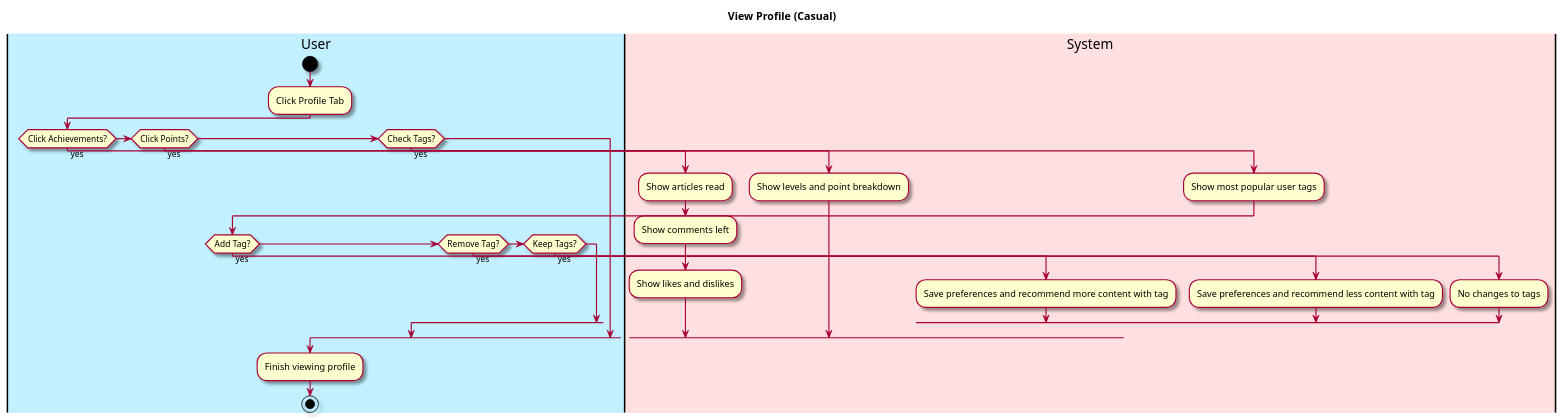
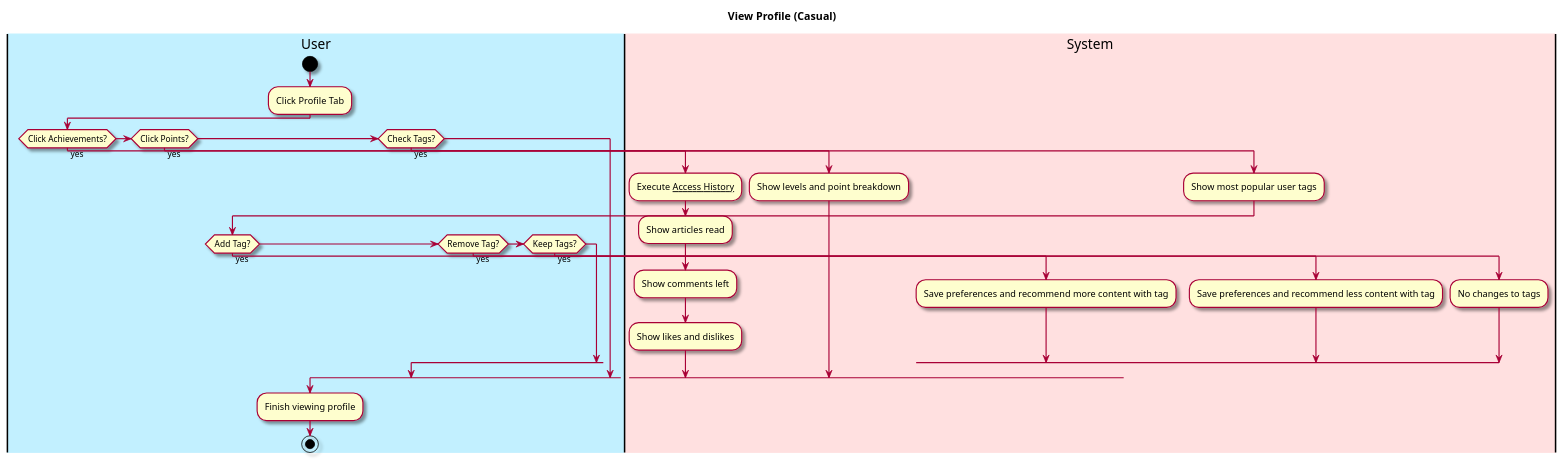
One commit to owhitleym-ui/EcoScoop changed the diagram in intellij/doc/Functional Specification/view-profile.md. Above: the diagram before and after it, drawn with PlantUML. The commit also changed 3 other files, not shown here.

````diff
--- a/intellij/doc/Functional Specification/view-profile.md
+++ b/intellij/doc/Functional Specification/view-profile.md
@@ -22,47 +22,48 @@
 ```plantuml
 @startuml
 
 skin rose
 
 title View Profile (Casual)
 
 'define the lanes
 |#application|User|
 |#implementation|System|
 
 |User|
 start
 :Click Profile Tab;
 
 if (Click Achievements?) then (yes)
     |System|
+    :Execute __Access History__;
     :Show articles read;
     :Show comments left;
     :Show likes and dislikes;
 
 elseif (Click Points?) then (yes)
     |System|
     :Show levels and point breakdown;
 
 elseif (Check Tags?) then (yes)
     |System|
     :Show most popular user tags;
     |User|
     if (Add Tag?) then (yes)
         |System|
         :Save preferences and recommend more content with tag;
     elseif (Remove Tag?) then (yes)
         |System|
         :Save preferences and recommend less content with tag;
     elseif (Keep Tags?) then (yes)
         |System|
         :No changes to tags;
     endif
 endif
 
 |User|
 :Finish viewing profile;
 
 stop
 @enduml
 ```
````
